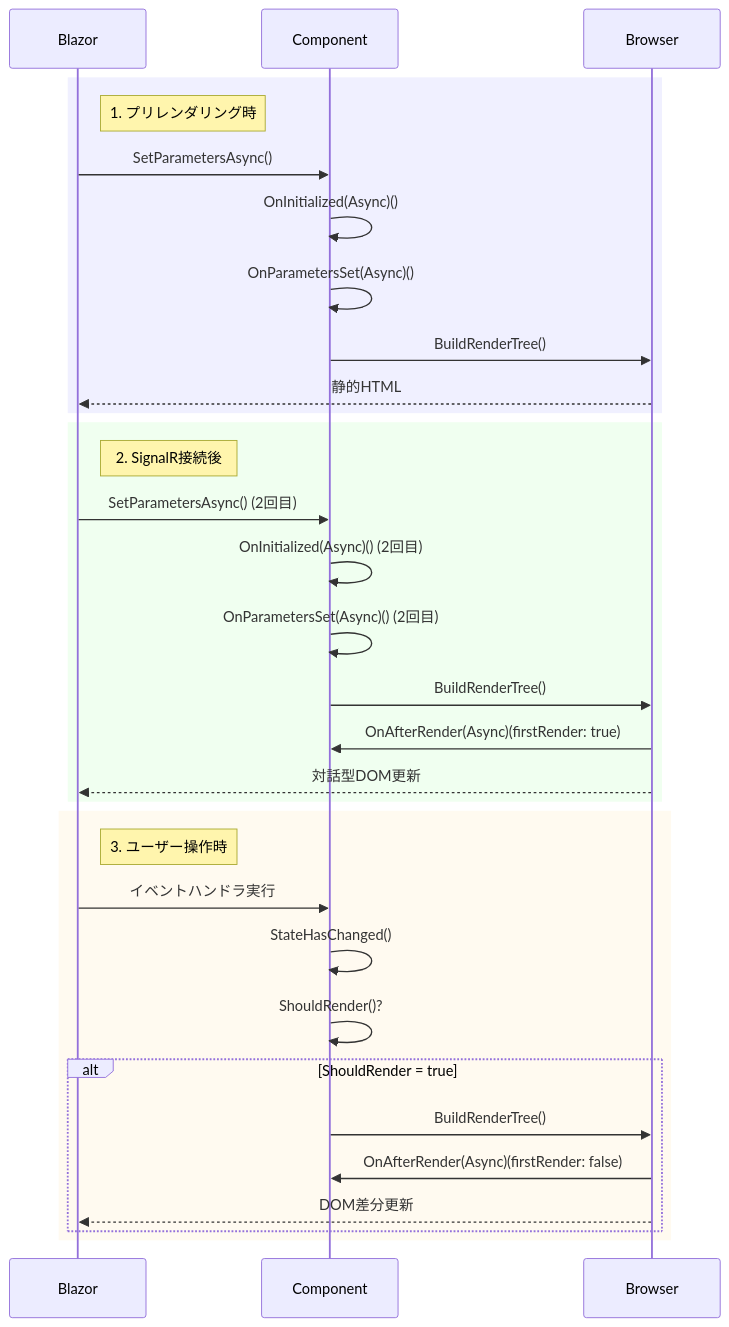
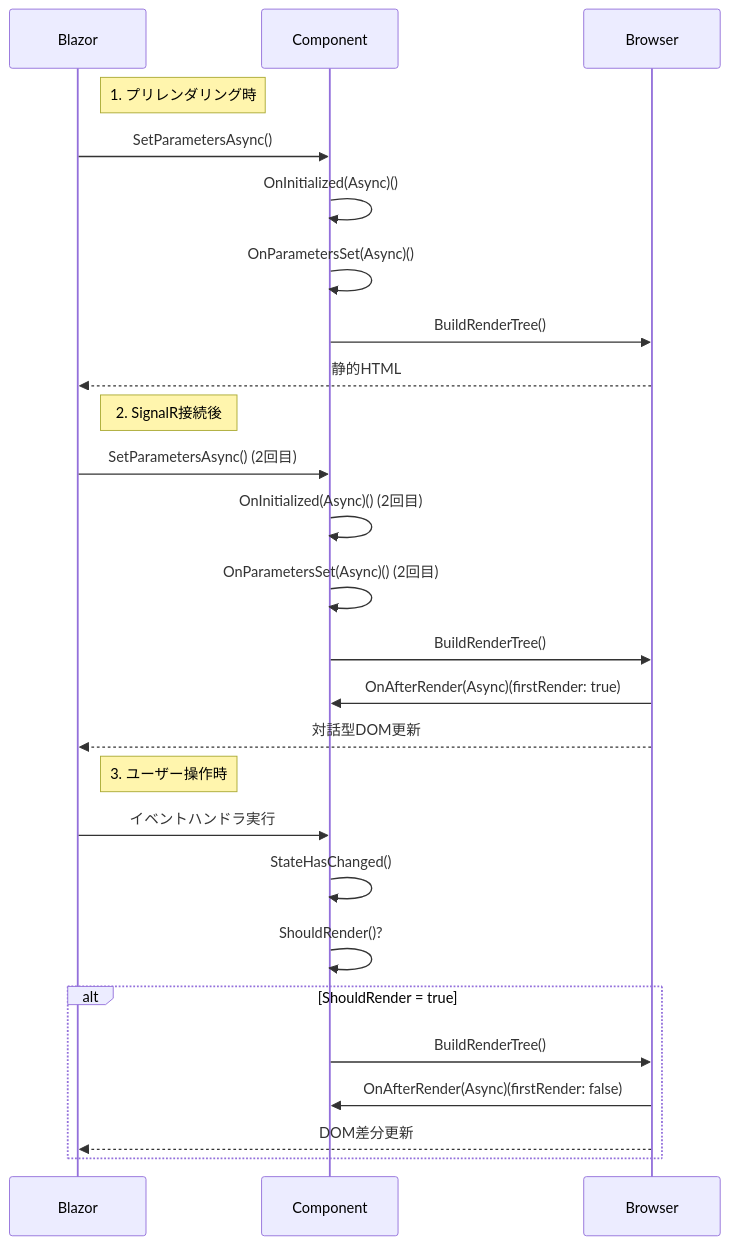
One commit to pixcelo/zenn-content changed the second of 2 diagrams in articles/blazor-component-lifecycle.md. Above: the diagram before and after it, drawn with Mermaid. The commit also changed other lines of this file, not shown here.

Commit message:
style: ライフサイクル図の配色を削除してダークモード対応
- シーケンス図の背景色（rect rgb）を削除
- ライトモード・ダークモード両方で見やすくなるよう改善
- noteによる区切りで十分視認性が確保できるため、色は不要と判断
- 参考リンクのURLパラメータを削除（view=aspnetcore-10.0）

````diff
--- a/articles/blazor-component-lifecycle.md
+++ b/articles/blazor-component-lifecycle.md
@@ -65,37 +65,31 @@
 ```mermaid
 sequenceDiagram
     participant Blazor
     participant Component
     participant Browser
 
-    rect rgb(240, 240, 255)
     note right of Blazor: 1. プリレンダリング時
     Blazor->>Component: SetParametersAsync()
     Component->>Component: OnInitialized(Async)()
     Component->>Component: OnParametersSet(Async)()
     Component->>Browser: BuildRenderTree()
     Browser-->>Blazor: 静的HTML
-    end
 
-    rect rgb(240, 255, 240)
     note right of Blazor: 2. SignalR接続後
     Blazor->>Component: SetParametersAsync() (2回目)
     Component->>Component: OnInitialized(Async)() (2回目)
     Component->>Component: OnParametersSet(Async)() (2回目)
     Component->>Browser: BuildRenderTree()
     Browser->>Component: OnAfterRender(Async)(firstRender: true)
     Browser-->>Blazor: 対話型DOM更新
-    end
 
-    rect rgb(255, 250, 240)
     note right of Blazor: 3. ユーザー操作時
     Blazor->>Component: イベントハンドラ実行
     Component->>Component: StateHasChanged()
     Component->>Component: ShouldRender()?
     alt ShouldRender = true
         Component->>Browser: BuildRenderTree()
         Browser->>Component: OnAfterRender(Async)(firstRender: false)
         Browser-->>Blazor: DOM差分更新
     end
-    end
 ```
````
